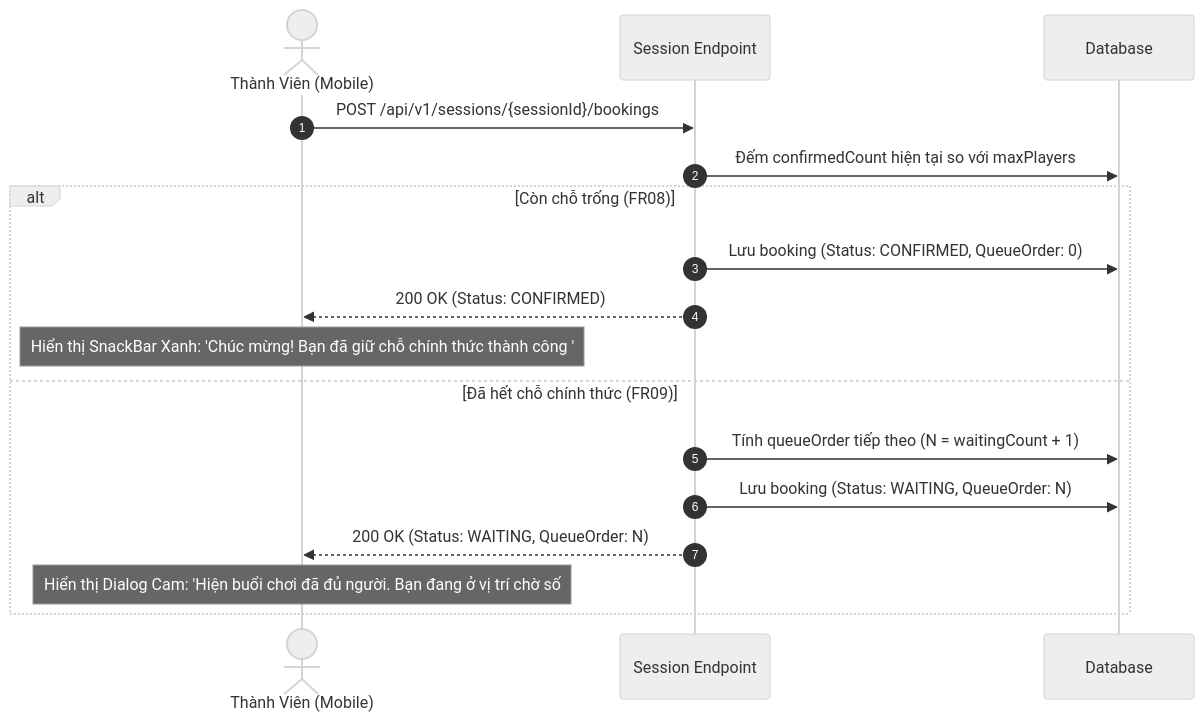
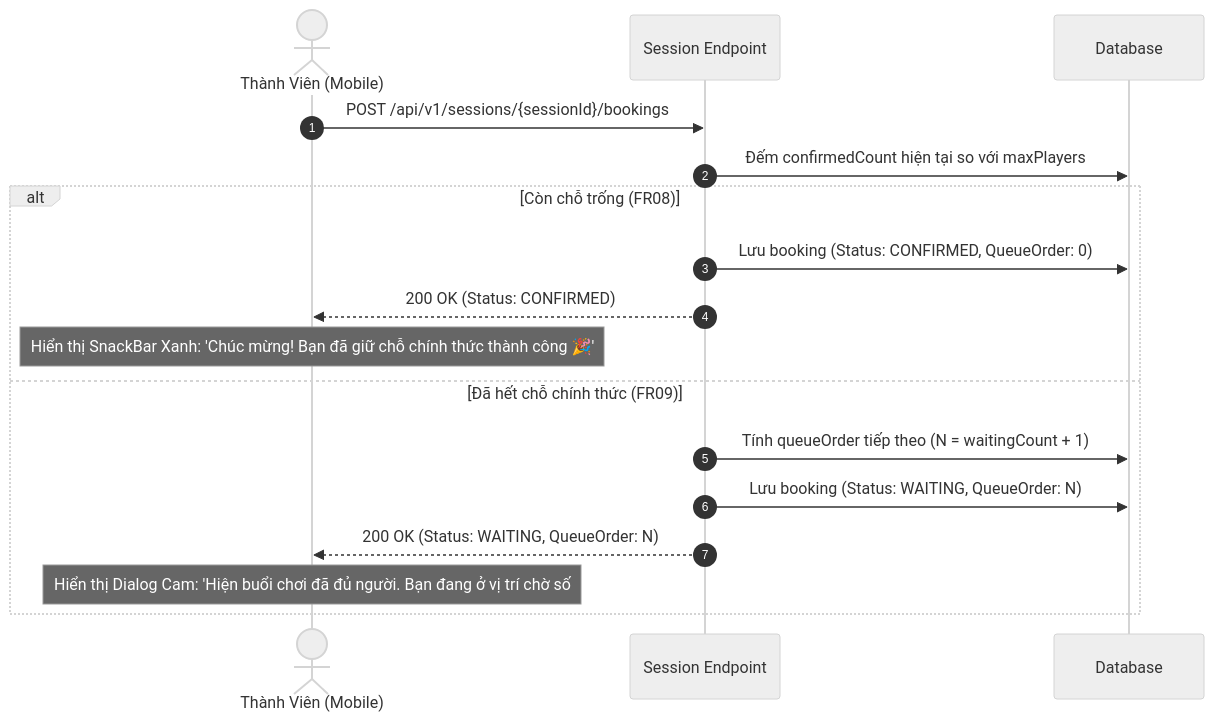
The sixth of 7 diagrams in docs/API_DOCUMENTATION.md (hoancong8/KLTN2026-2027), drawn with Mermaid (neutral theme) before and after one commit. The commit also changed other lines of this file and 27 other files, not shown here.

````diff
--- a/docs/API_DOCUMENTATION.md
+++ b/docs/API_DOCUMENTATION.md
@@ -1066,20 +1089,20 @@
 ```mermaid
 sequenceDiagram
     autonumber
     actor Member as Thành Viên (Mobile)
     participant API as Session Endpoint
     participant DB as Database
     
     Member->>API: POST /api/v1/sessions/{sessionId}/bookings
     API->>DB: Đếm confirmedCount hiện tại so với maxPlayers
     alt Còn chỗ trống (FR08)
         API->>DB: Lưu booking (Status: CONFIRMED, QueueOrder: 0)
         API-->>Member: 200 OK (Status: CONFIRMED)
-        Note over Member: Hiển thị SnackBar Xanh: 'Chúc mừng! Bạn đã giữ chỗ chính thức thành công '
+        Note over Member: Hiển thị SnackBar Xanh: 'Chúc mừng! Bạn đã giữ chỗ chính thức thành công 🎉'
     else Đã hết chỗ chính thức (FR09)
         API->>DB: Tính queueOrder tiếp theo (N = waitingCount + 1)
         API->>DB: Lưu booking (Status: WAITING, QueueOrder: N)
         API-->>Member: 200 OK (Status: WAITING, QueueOrder: N)
         Note over Member: Hiển thị Dialog Cam: 'Hiện buổi chơi đã đủ người. Bạn đang ở vị trí chờ số #N trong hàng đợi!'
     end
 ```
````
